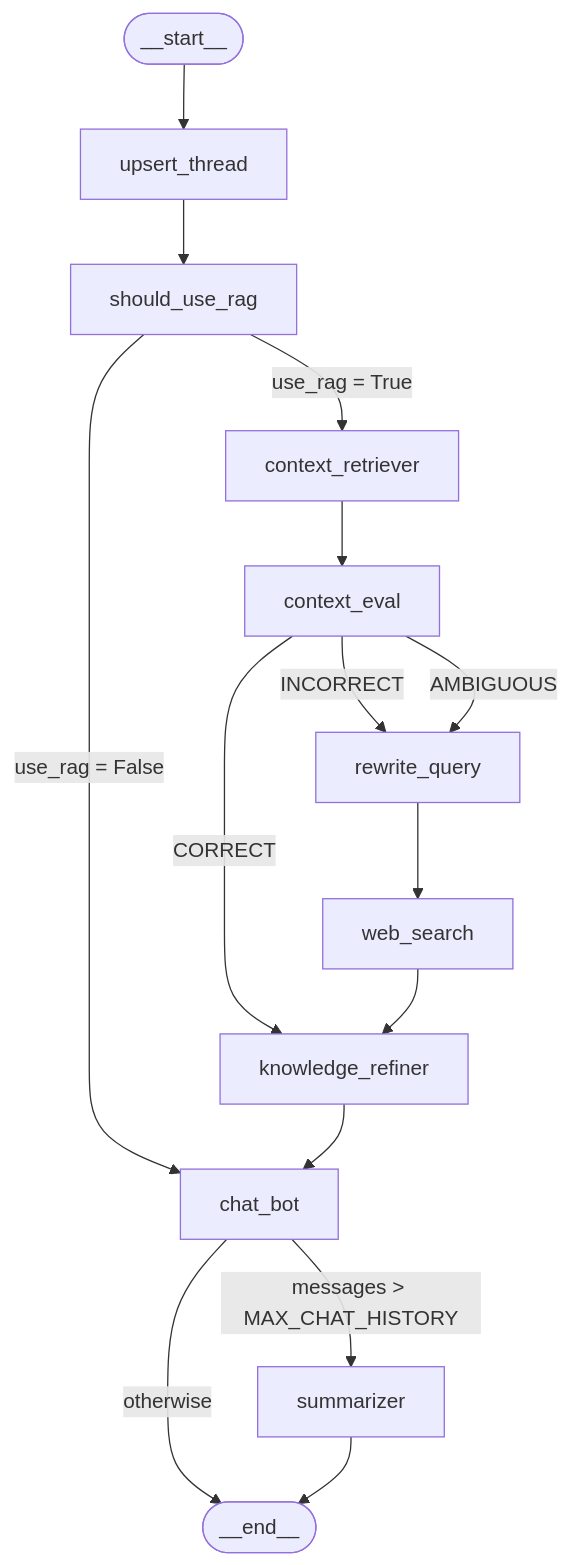
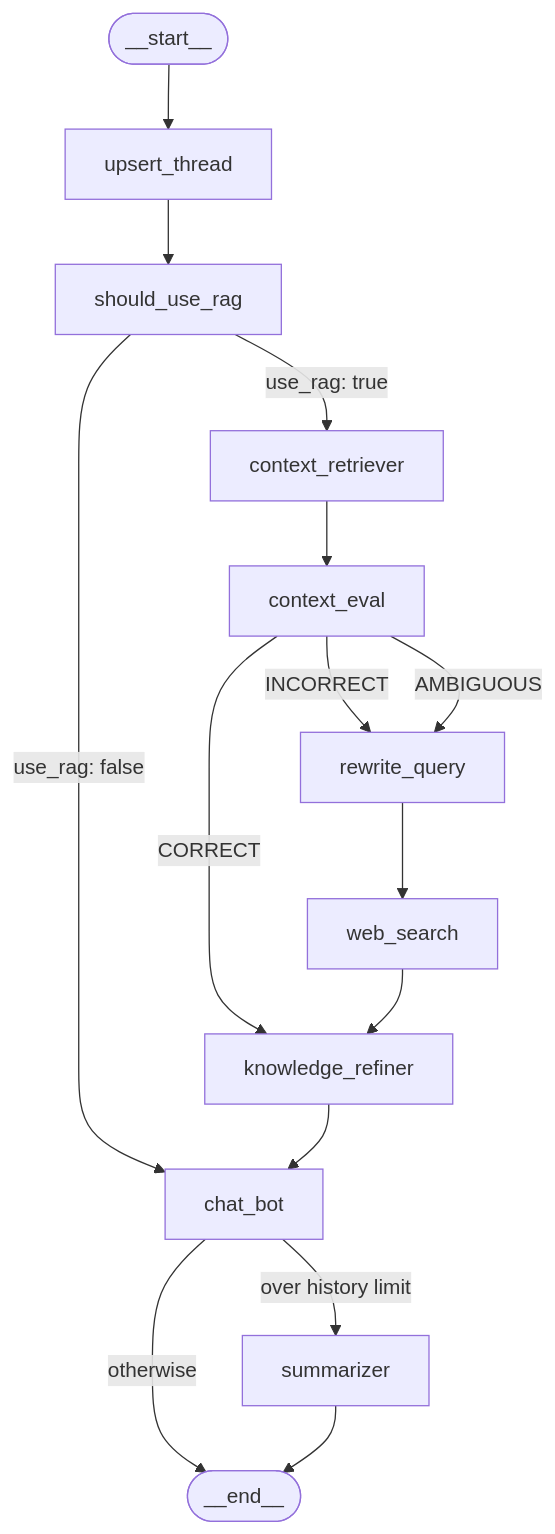
Before and after one commit to Hard-Builds/c-rag: the diagram in README.md, drawn with Mermaid.

Commit message:
Readme file updated

````diff
--- a/README.md
+++ b/README.md
@@ -13,22 +13,22 @@
 ```mermaid
 flowchart TD
-    START([__start__]) --> upsert_thread
-    upsert_thread --> should_use_rag
+    A([__start__]) --> B[upsert_thread]
+    B --> C[should_use_rag]
 
-    should_use_rag -->|use_rag = True| context_retriever
-    should_use_rag -->|use_rag = False| chat_bot
+    C -->|use_rag: true| D[context_retriever]
+    C -->|use_rag: false| H[chat_bot]
 
-    context_retriever --> context_eval
+    D --> E[context_eval]
 
-    context_eval -->|CORRECT| knowledge_refiner
-    context_eval -->|INCORRECT| rewrite_query
-    context_eval -->|AMBIGUOUS| rewrite_query
+    E -->|CORRECT| G[knowledge_refiner]
+    E -->|INCORRECT| F[rewrite_query]
+    E -->|AMBIGUOUS| F
 
-    rewrite_query --> web_search
-    web_search --> knowledge_refiner
-    knowledge_refiner --> chat_bot
+    F --> F2[web_search]
+    F2 --> G
+    G --> H
 
-    chat_bot -->|messages > MAX_CHAT_HISTORY| summarizer
-    chat_bot -->|otherwise| END([__end__])
-    summarizer --> END
+    H -->|over history limit| I[summarizer]
+    H -->|otherwise| Z([__end__])
+    I --> Z
 ```
````
